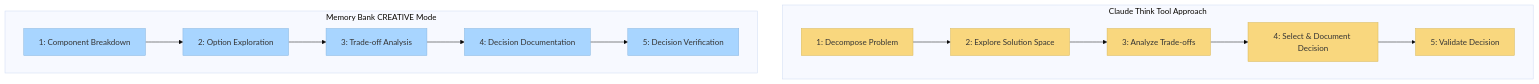
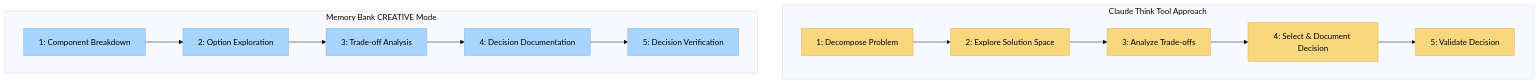
One commit to ac484/ng-ac changed the diagram in creative_mode_think_tool.md. Above: the diagram before and after it, drawn with Mermaid (base theme). The commit also changed 18 other files, not shown here.

````diff
--- a/creative_mode_think_tool.md
+++ b/creative_mode_think_tool.md
@@ -9,28 +9,28 @@
 ```mermaid
 graph TD
     subgraph "Claude Think Tool Approach"
         CT1["1: Decompose Problem"] --> CT2["2: Explore Solution Space"]
         CT2 --> CT3["3: Analyze Trade-offs"]
         CT3 --> CT4["4: Select & Document Decision"]
         CT4 --> CT5["5: Validate Decision"]
     end
     
     subgraph "Memory Bank CREATIVE Mode"
         CM1["1: Component Breakdown"] --> CM2["2: Option Exploration"]
         CM2 --> CM3["3: Trade-off Analysis"]
         CM3 --> CM4["4: Decision Documentation"]
         CM4 --> CM5["5: Decision Verification"]
     end
     
-    style CT1 fill:#f9d77e,stroke:#d9b95c
-    style CT2 fill:#f9d77e,stroke:#d9b95c
-    style CT3 fill:#f9d77e,stroke:#d9b95c
-    style CT4 fill:#f9d77e,stroke:#d9b95c
-    style CT5 fill:#f9d77e,stroke:#d9b95c
-    
-    style CM1 fill:#a8d5ff,stroke:#88b5e0
-    style CM2 fill:#a8d5ff,stroke:#88b5e0
-    style CM3 fill:#a8d5ff,stroke:#88b5e0
-    style CM4 fill:#a8d5ff,stroke:#88b5e0
-    style CM5 fill:#a8d5ff,stroke:#88b5e0
+    style CT1 fill:#f9d77e,stroke:#d9b95c,color:black
+    style CT2 fill:#f9d77e,stroke:#d9b95c,color:black
+    style CT3 fill:#f9d77e,stroke:#d9b95c,color:black
+    style CT4 fill:#f9d77e,stroke:#d9b95c,color:black
+    style CT5 fill:#f9d77e,stroke:#d9b95c,color:black
+
+    style CM1 fill:#a8d5ff,stroke:#88b5e0,color:black
+    style CM2 fill:#a8d5ff,stroke:#88b5e0,color:black
+    style CM3 fill:#a8d5ff,stroke:#88b5e0,color:black
+    style CM4 fill:#a8d5ff,stroke:#88b5e0,color:black
+    style CM5 fill:#a8d5ff,stroke:#88b5e0,color:black
 ```
````
